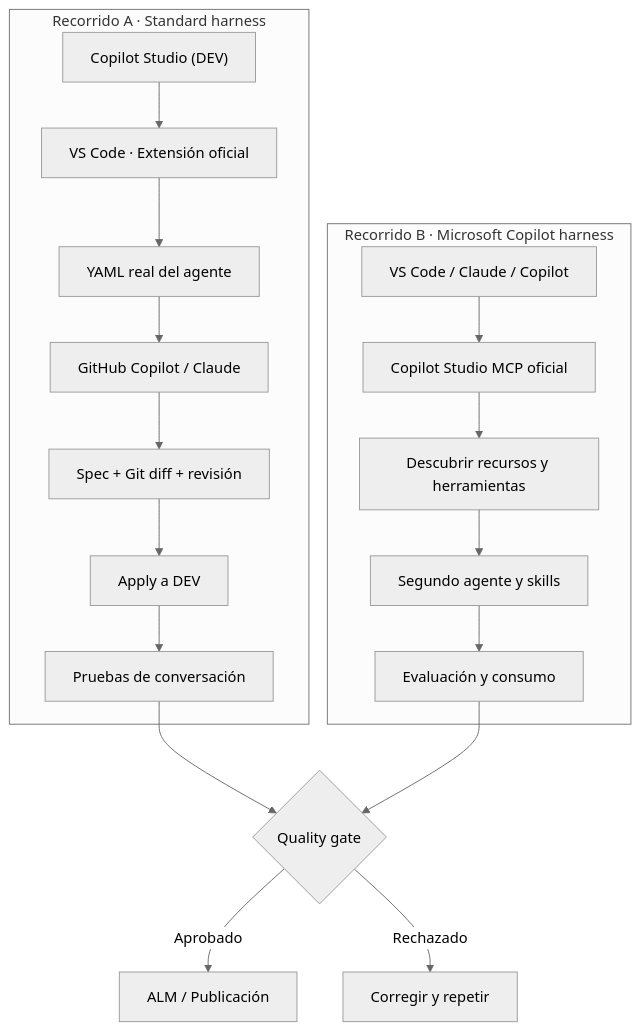
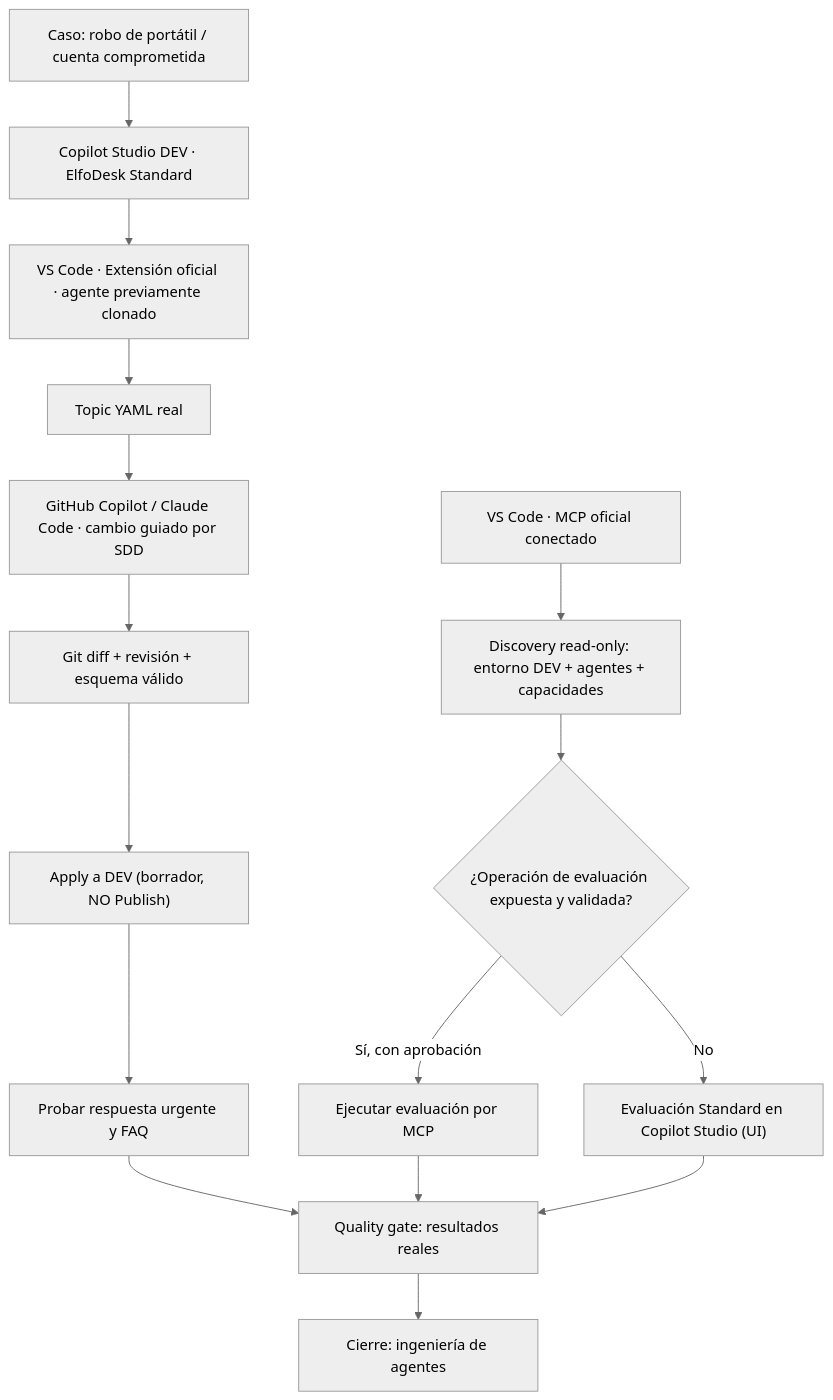
Before and after one commit to davidop/copilot-studio-agent-engineering-demo: the diagram in docs/03-arquitectura.md, drawn with Mermaid (neutral theme). The commit also changed other lines of this file, not shown here.

Commit message:
docs: focus 20-minute session on Standard + MCP + evaluation

````diff
--- a/docs/03-arquitectura.md
+++ b/docs/03-arquitectura.md
@@ -3,21 +5,18 @@
 ```mermaid
-flowchart TB
- subgraph A["Recorrido A · Standard harness"]
-   CS["Copilot Studio (DEV)"] --> VS["VS Code · Extensión oficial"]
-   VS --> YAML["YAML real del agente"]
-   YAML --> AI["GitHub Copilot / Claude"]
-   AI --> SDD["Spec + Git diff + revisión"]
-   SDD --> APPLY["Apply a DEV"]
-   APPLY --> TEST["Pruebas de conversación"]
- end
- subgraph B["Recorrido B · Microsoft Copilot harness"]
-   IDE["VS Code / Claude / Copilot"] --> MCP["Copilot Studio MCP oficial"]
-   MCP --> DISC["Descubrir recursos y herramientas"]
-   DISC --> COP["Segundo agente y skills"]
-   COP --> EV["Evaluación y consumo"]
- end
- TEST --> G{"Quality gate"}
- EV --> G
- G -->|Aprobado| ALM["ALM / Publicación"]
- G -->|Rechazado| FIX["Corregir y repetir"]
+flowchart TD
+    U["Caso: robo de portátil / cuenta comprometida"] --> CS["Copilot Studio DEV · ElfoDesk Standard"]
+    CS --> EXT["VS Code · Extensión oficial · agente previamente clonado"]
+    EXT --> YAML["Topic YAML real"]
+    YAML --> AI["GitHub Copilot / Claude Code · cambio guiado por SDD"]
+    AI --> GIT["Git diff + revisión + esquema válido"]
+    GIT --> APPLY["Apply a DEV (borrador, NO Publish)"]
+    APPLY --> PROBAR["Probar respuesta urgente y FAQ"]
+    IDE["VS Code · MCP oficial conectado"] --> DISC["Discovery read-only: entorno DEV + agentes + capacidades"]
+    DISC --> EVAL{"¿Operación de evaluación expuesta y validada?"}
+    EVAL -->|Sí, con aprobación| MCPTEST["Ejecutar evaluación por MCP"]
+    EVAL -->|No| UITEST["Evaluación Standard en Copilot Studio (UI)"]
+    PROBAR --> GATE["Quality gate: resultados reales"]
+    MCPTEST --> GATE
+    UITEST --> GATE
+    GATE --> CIERRE["Cierre: ingeniería de agentes"]
 ```
````
